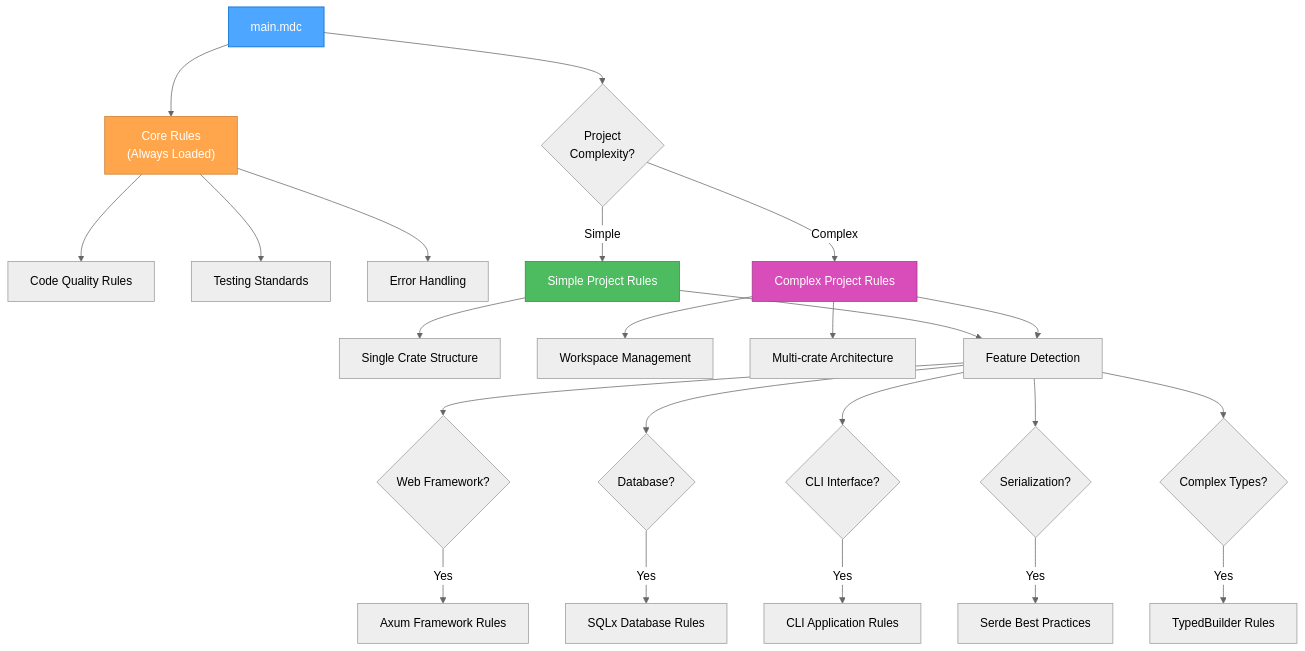
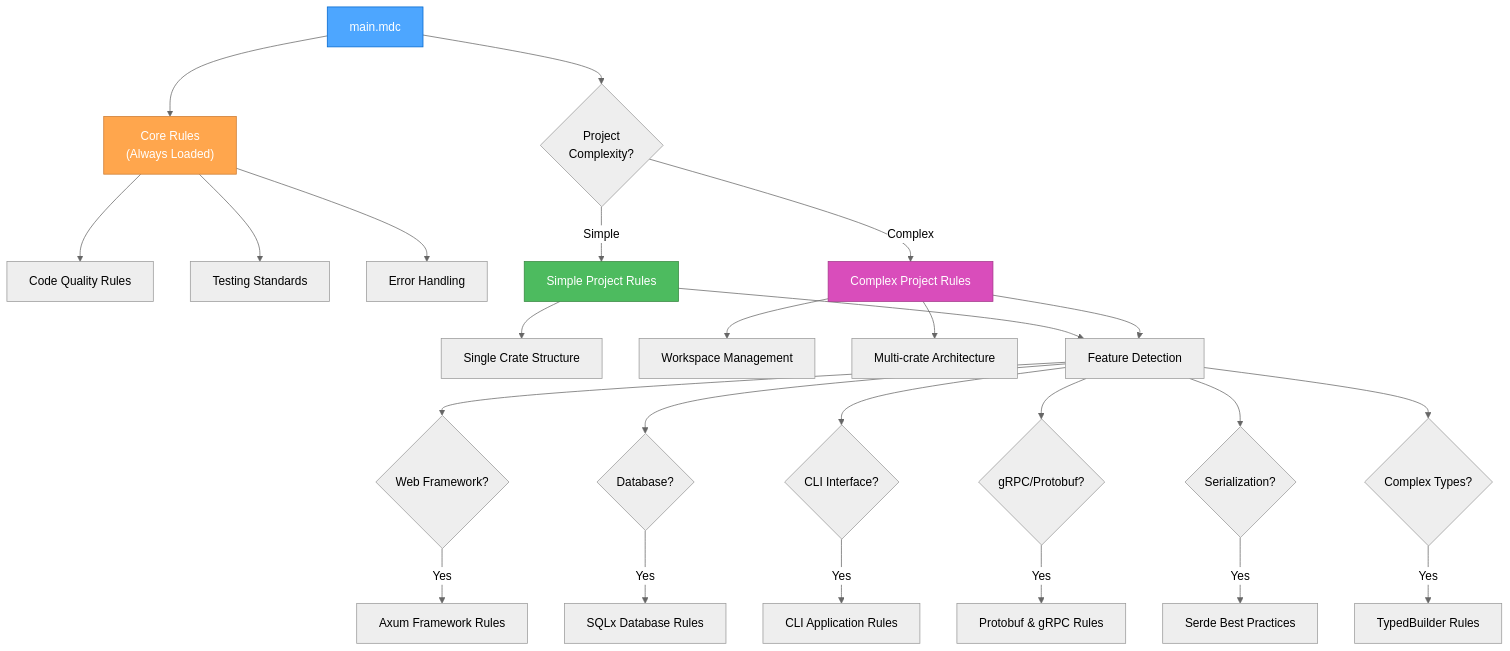
The second of 3 diagrams in .cursor/rules/rust/main.mdc (JunaYa/cursor-rust-rules), drawn with Mermaid (neutral theme) before and after one commit. The commit also changed other lines of this file and 2 other files, not shown here.

Commit message:
feature: add protobuf/grpc rule

````diff
--- a/.cursor/rules/rust/main.mdc
+++ b/.cursor/rules/rust/main.mdc
@@ -72,35 +74,37 @@
 ```mermaid
 graph TD
     Main["main.mdc"] --> Core["Core Rules<br>(Always Loaded)"]
     Main --> Complexity{"Project<br>Complexity?"}
 
     Core --> Quality["Code Quality Rules"]
     Core --> Testing["Testing Standards"]
     Core --> ErrorHandling["Error Handling"]
 
     Complexity -->|Simple| SimpleRules["Simple Project Rules"]
     Complexity -->|Complex| ComplexRules["Complex Project Rules"]
 
     SimpleRules --> SingleCrate["Single Crate Structure"]
     ComplexRules --> Workspace["Workspace Management"]
     ComplexRules --> MultiCrate["Multi-crate Architecture"]
 
     SimpleRules & ComplexRules --> FeatureDetection["Feature Detection"]
 
     FeatureDetection --> WebFeature{"Web Framework?"}
     FeatureDetection --> DBFeature{"Database?"}
     FeatureDetection --> CLIFeature{"CLI Interface?"}
+    FeatureDetection --> GRPCFeature{"gRPC/Protobuf?"}
     FeatureDetection --> SerdeFeature{"Serialization?"}
     FeatureDetection --> BuilderFeature{"Complex Types?"}
 
     WebFeature -->|Yes| AxumRules["Axum Framework Rules"]
     DBFeature -->|Yes| SQLxRules["SQLx Database Rules"]
     CLIFeature -->|Yes| CLIRules["CLI Application Rules"]
+    GRPCFeature -->|Yes| GRPCRules["Protobuf & gRPC Rules"]
     SerdeFeature -->|Yes| SerdeRules["Serde Best Practices"]
     BuilderFeature -->|Yes| TypedBuilderRules["TypedBuilder Rules"]
 
     style Main fill:#4da6ff,stroke:#0066cc,color:white
     style Core fill:#ffa64d,stroke:#cc7a30,color:white
     style SimpleRules fill:#4dbb5f,stroke:#36873f,color:white
     style ComplexRules fill:#d94dbb,stroke:#a3378a,color:white
 ```
````
